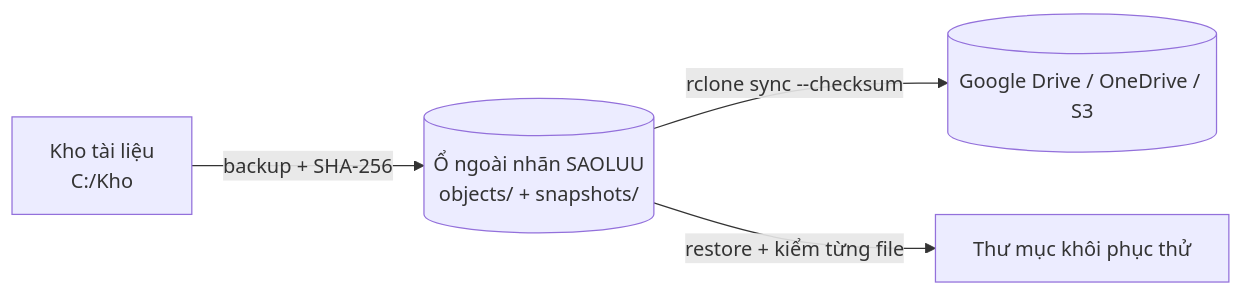
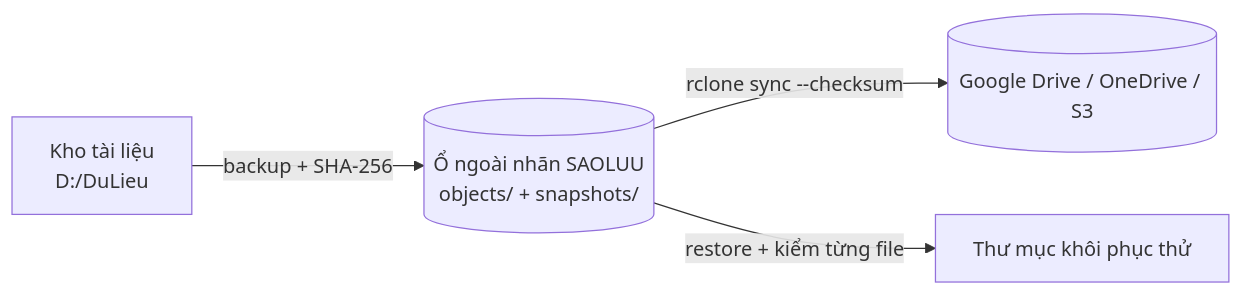
The diagram in README.md (ferbdev-byte/dual-backup), drawn with Mermaid before and after one commit. The commit also changed other lines of this file, not shown here.

````diff
--- a/README.md
+++ b/README.md
@@ -11,6 +9,6 @@
 ```mermaid
 flowchart LR
-    S[Kho tài liệu<br/>C:/Kho] -->|backup + SHA-256| E[(Ổ ngoài nhãn SAOLUU<br/>objects/ + snapshots/)]
+    S[Kho tài liệu<br/>D:/DuLieu] -->|backup + SHA-256| E[(Ổ ngoài nhãn SAOLUU<br/>objects/ + snapshots/)]
     E -->|rclone sync --checksum| C[(Google Drive / OneDrive / S3)]
     E -->|restore + kiểm từng file| R[Thư mục khôi phục thử]
 ```
````
